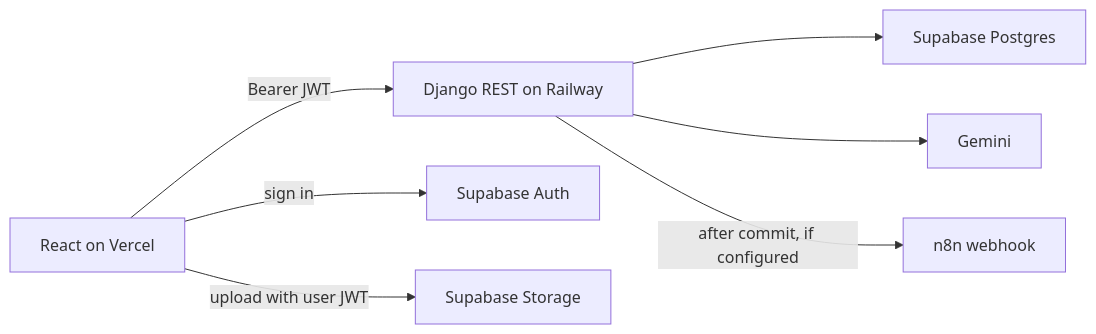
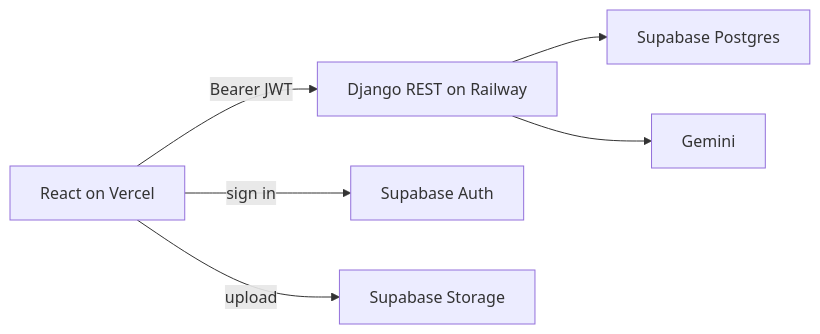
Before and after one commit to mijwad7/brandvault: the first of 2 diagrams in README.md, drawn with Mermaid. The commit also changed other lines of this file and 16 other files, not shown here.

````diff
--- a/README.md
+++ b/README.md
@@ -31,17 +28,15 @@
 ```mermaid
 flowchart LR
   browser["React on Vercel"]
   api["Django REST on Railway"]
   auth["Supabase Auth"]
   db["Supabase Postgres"]
   storage["Supabase Storage"]
   gemini["Gemini"]
-  n8n["n8n webhook"]
 
   browser -->|"sign in"| auth
   browser -->|"Bearer JWT"| api
-  browser -->|"upload with user JWT"| storage
+  browser -->|"upload"| storage
   api --> db
   api --> gemini
-  api -->|"after commit, if configured"| n8n
 ```
````
